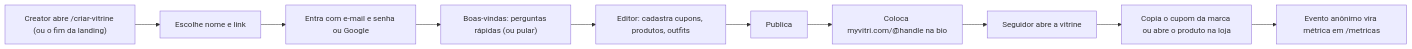
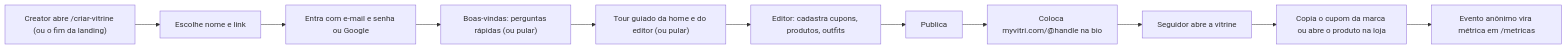
Before and after one commit to estevaons/myvitri: the first of 8 diagrams in docs/architecture.md, drawn with Mermaid. The commit also changed other lines of this file and 20 other files, not shown here.

First line of the commit message:
feat: tour guiado da plataforma no primeiro acesso

````diff
--- a/docs/architecture.md
+++ b/docs/architecture.md
@@ -19,12 +19,13 @@
 ```mermaid
 graph LR
     A["Creator abre /criar-vitrine (ou o fim da landing)"] --> B["Escolhe nome e link"]
     B --> C["Entra com e-mail e senha ou Google"]
     C --> O["Boas-vindas: perguntas rápidas (ou pular)"]
-    O --> D["Editor: cadastra cupons, produtos, outfits"]
+    O --> T["Tour guiado da home e do editor (ou pular)"]
+    T --> D["Editor: cadastra cupons, produtos, outfits"]
     D --> E["Publica"]
     E --> F["Coloca myvitri.com/@handle na bio"]
     F --> G["Seguidor abre a vitrine"]
     G --> H["Copia o cupom da marca ou abre o produto na loja"]
     H --> I["Evento anônimo vira métrica em /metricas"]
 ```
````
